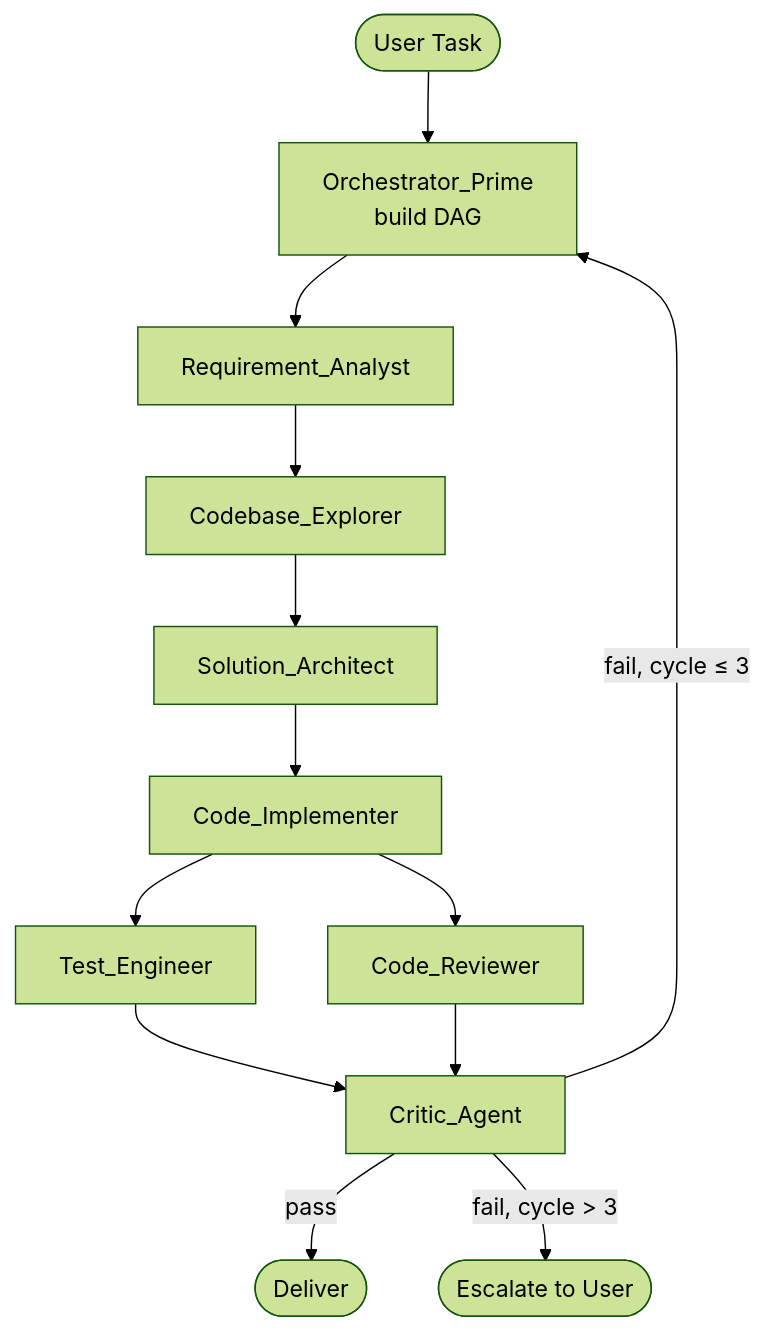
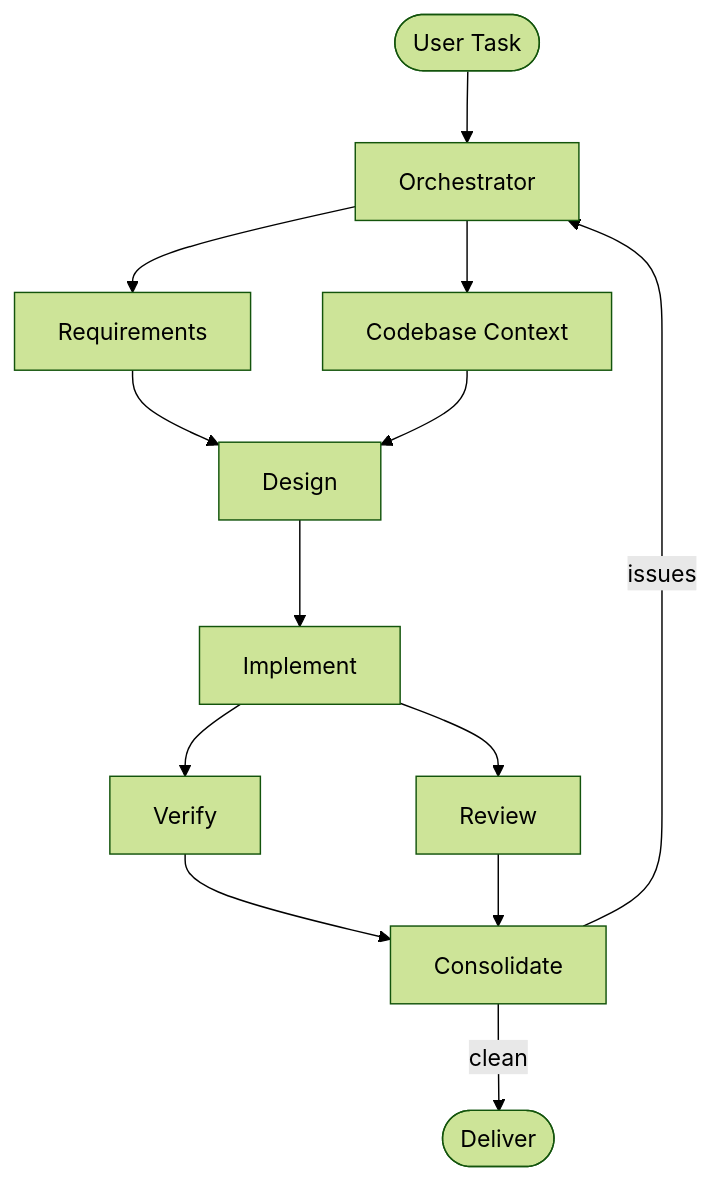
One commit to Cristian-Oancea01/ai-skills changed the diagram in README.md. Above: the diagram before and after it, drawn with Mermaid (forest theme). The commit also changed other lines of this file and 1 other file, not shown here.

Commit message:
agent-orchestration: simplify full orchestration flow

````diff
--- a/README.md
+++ b/README.md
@@ -36,19 +36,15 @@
 ```mermaid
 flowchart TD
-    U([User Task]) --> O[Orchestrator_Prime\nbuild DAG]
-
-    O --> RA[Requirement_Analyst]
-    RA --> CE[Codebase_Explorer]
-    CE --> SA[Solution_Architect]
-    SA --> CI[Code_Implementer]
-
-    CI --> TE[Test_Engineer]
-    CI --> CR[Code_Reviewer]
-
-    TE --> CA[Critic_Agent]
-    CR --> CA
-
-    CA -->|pass| D([Deliver])
-    CA -->|fail, cycle ≤ 3| O
-    CA -->|fail, cycle > 3| ESC([Escalate to User])
+    U([User Task]) --> O[Orchestrator]
+    O --> R[Requirements]
+    O --> E[Codebase Context]
+    R --> D[Design]
+    E --> D
+    D --> I[Implement]
+    I --> T[Verify]
+    I --> V[Review]
+    T --> C[Consolidate]
+    V --> C
+    C -->|clean| X([Deliver])
+    C -->|issues| O
 ```
````
